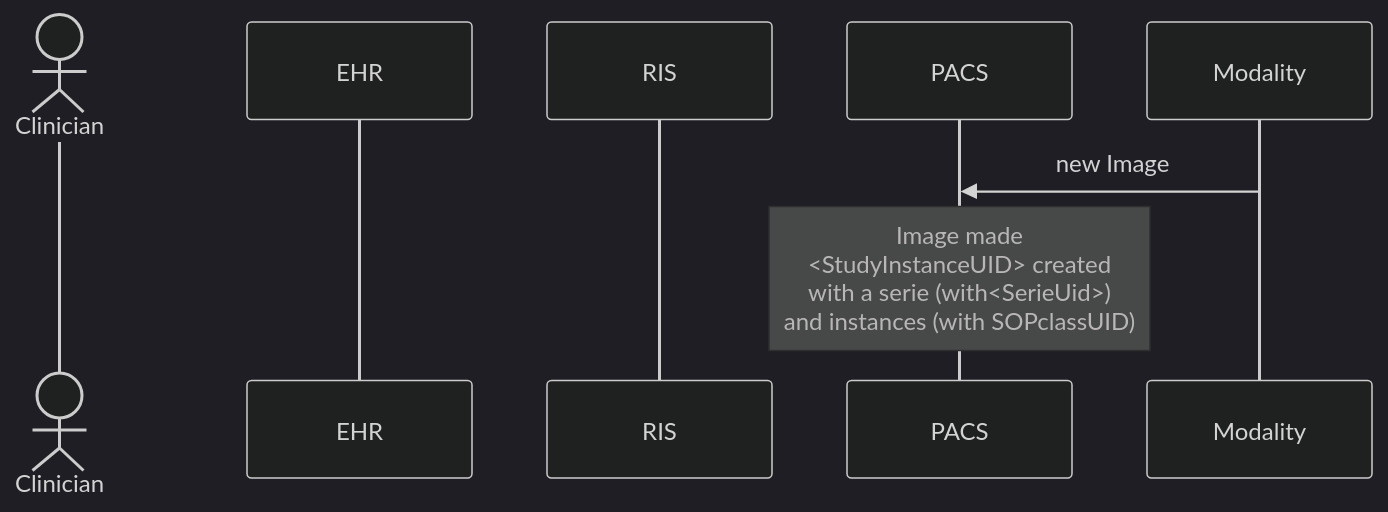
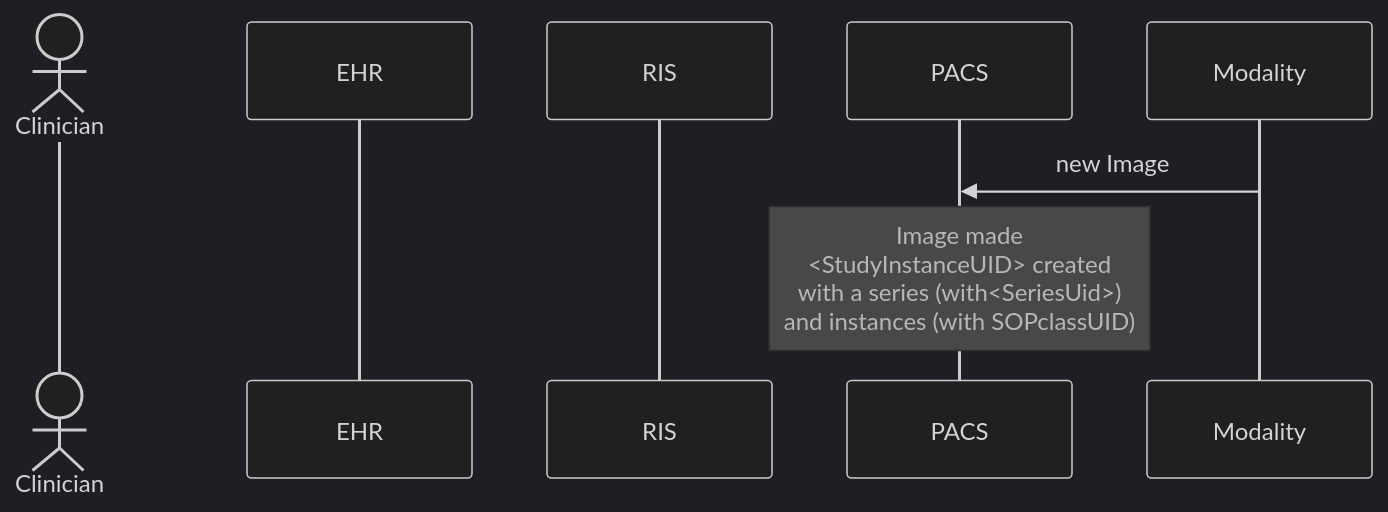
The second of 6 diagrams in infrastructure-and-identifiers-primer.md (sync-for-science/imaging), drawn with Mermaid (dark theme) before and after one commit. The commit also changed other lines of this file, not shown here.

````diff
--- a/infrastructure-and-identifiers-primer.md
+++ b/infrastructure-and-identifiers-primer.md
@@ -45,12 +44,11 @@
 ```mermaid
 sequenceDiagram
     actor Clinician
     participant EHR
     participant RIS
     participant PACS
     participant Modality
-    
+
     Modality ->> PACS: new Image
-    note over PACS: Image made<br/><StudyInstanceUID> created<br/>with a serie (with<SerieUid>)<br/> and instances (with SOPclassUID)
-
+    note over PACS: Image made<br/><StudyInstanceUID> created<br/>with a series (with<SeriesUid>)<br/> and instances (with SOPclassUID)
 ```
````
